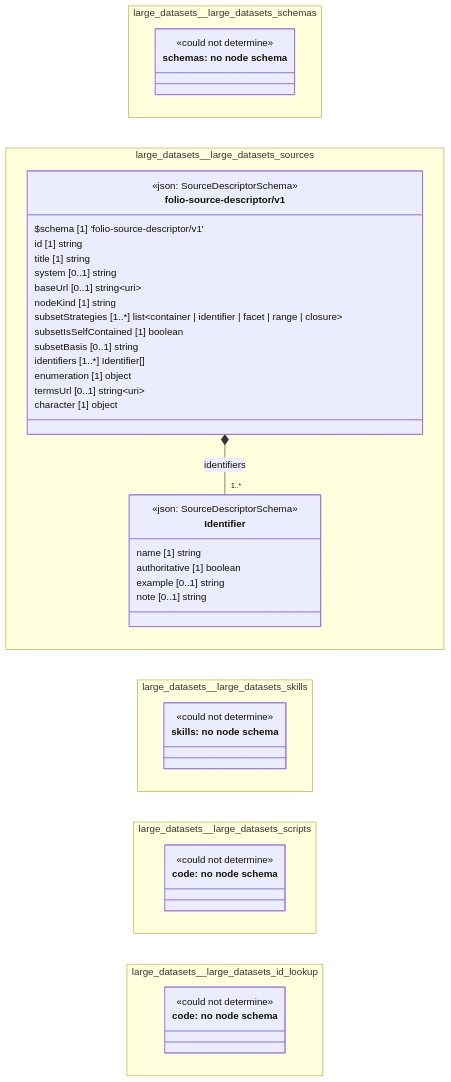
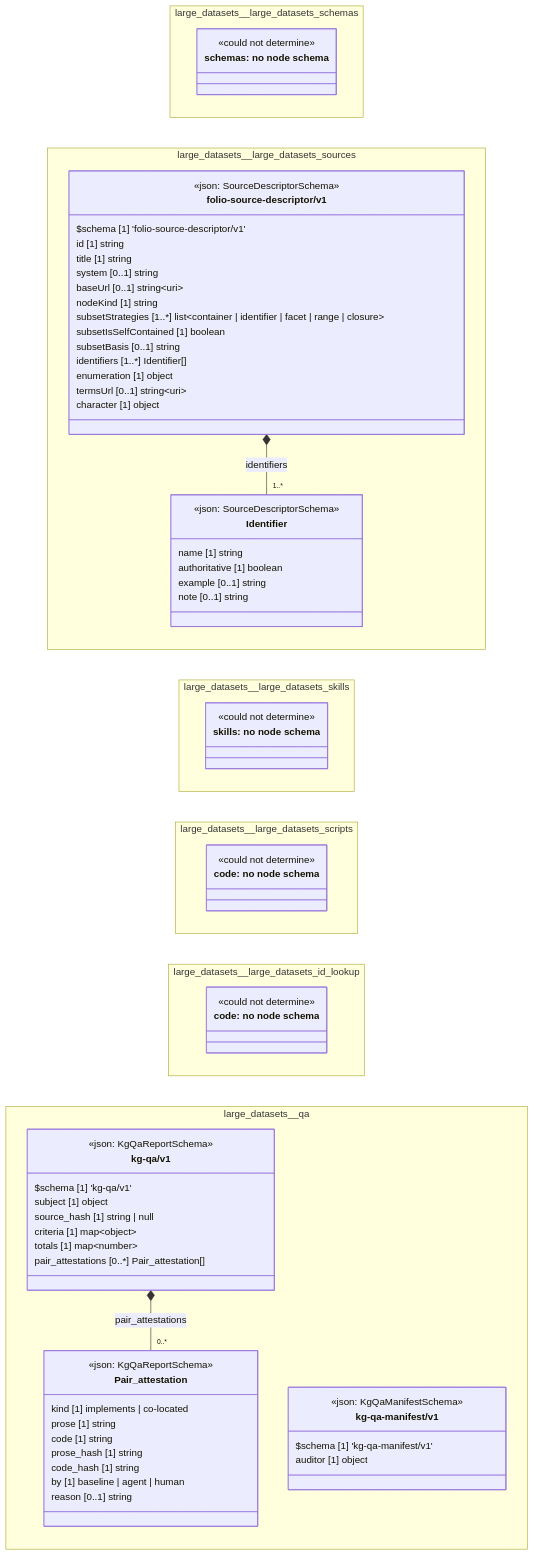
The diagram in cat-harness/docs/uml/overview/large-datasets.md (litlfred/folio-assistant), drawn with Mermaid before and after one commit. The commit also changed other lines of this file and 275 other files, not shown here.

````diff
--- a/cat-harness/docs/uml/overview/large-datasets.md
+++ b/cat-harness/docs/uml/overview/large-datasets.md
@@ -95,6 +97,32 @@
       <<could not determine>>
     }
   }
+  namespace large_datasets__qa {
+    class large_datasets_qa_kg_qa_v1_Pair_attestation["Pair_attestation"] {
+      <<json: KgQaReportSchema>>
+      kind [1] implements | co-located
+      prose [1] string
+      code [1] string
+      prose_hash [1] string
+      code_hash [1] string
+      by [1] baseline | agent | human
+      reason [0..1] string
+    }
+    class large_datasets_qa_kg_qa_v1_kg_qa_v1["kg-qa/v1"] {
+      <<json: KgQaReportSchema>>
+      $schema [1] 'kg-qa/v1'
+      subject [1] object
+      source_hash [1] string | null
+      criteria [1] map~object~
+      totals [1] map~number~
+      pair_attestations [0..*] Pair_attestation[]
+    }
+    class large_datasets_qa_kg_qa_manifest_v1_kg_qa_manifest_v1["kg-qa-manifest/v1"] {
+      <<json: KgQaManifestSchema>>
+      $schema [1] 'kg-qa-manifest/v1'
+      auditor [1] object
+    }
+  }
   cssClass "n_large_datasets_large_datasets_schemas_schemas" fa_uml_kind_schemas
   cssClass "n_large_datasets_large_datasets_schemas_schemas" fa_uml_undetermined
   large_datasets_large_datasets_sources_folio_source_descriptor_v1_folio_source_descriptor_v1 *-- "1..*" large_datasets_large_datasets_sources_folio_source_descriptor_v1_Identifier : identifiers
@@ -106,4 +134,8 @@
   cssClass "n_large_datasets_large_datasets_scripts_code" fa_uml_undetermined
   cssClass "n_large_datasets_large_datasets_id_lookup_code" fa_uml_kind_code
   cssClass "n_large_datasets_large_datasets_id_lookup_code" fa_uml_undetermined
+  large_datasets_qa_kg_qa_v1_kg_qa_v1 *-- "0..*" large_datasets_qa_kg_qa_v1_Pair_attestation : pair_attestations
+  cssClass "large_datasets_qa_kg_qa_v1_Pair_attestation" fa_uml_kind_qa
+  cssClass "large_datasets_qa_kg_qa_v1_kg_qa_v1" fa_uml_kind_qa
+  cssClass "large_datasets_qa_kg_qa_manifest_v1_kg_qa_manifest_v1" fa_uml_kind_qa
 ```
````
